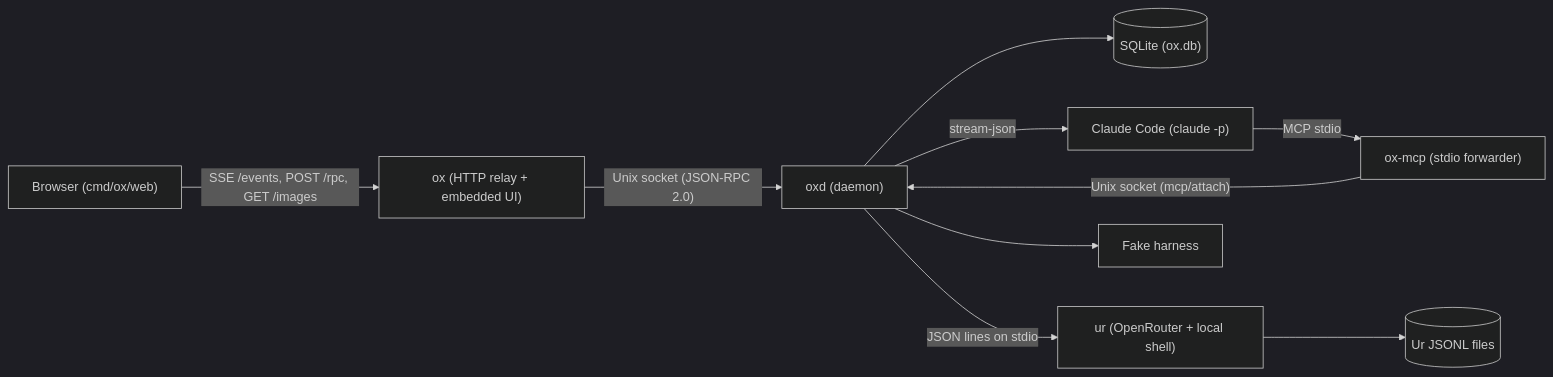
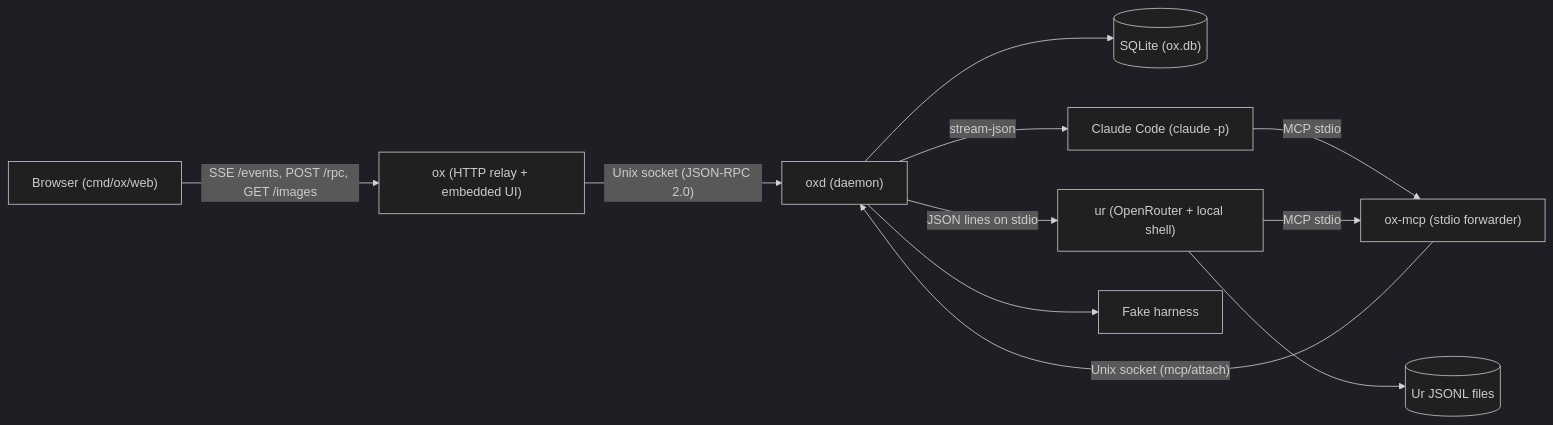
Before and after one commit to kkestell/ox: the first of 5 diagrams in docs/architecture.md, drawn with Mermaid (dark theme). The commit also changed other lines of this file and 14 other files, not shown here.

````diff
--- a/docs/architecture.md
+++ b/docs/architecture.md
@@ -8,22 +8,23 @@
 ```mermaid
 flowchart LR
   browser["Browser (cmd/ox/web)"]
   ox["ox (HTTP relay + embedded UI)"]
   oxd["oxd (daemon)"]
   db[("SQLite (ox.db)")]
   claude["Claude Code (claude -p)"]
   oxmcp["ox-mcp (stdio forwarder)"]
   ur["ur (OpenRouter + local shell)"]
   urfiles[("Ur JSONL files")]
   fake["Fake harness"]
 
   browser -- "SSE /events, POST /rpc, GET /images" --> ox
   ox -- "Unix socket (JSON-RPC 2.0)" --> oxd
   oxd --> db
   oxd -- "stream-json" --> claude
   claude -- "MCP stdio" --> oxmcp
   oxmcp -- "Unix socket (mcp/attach)" --> oxd
   oxd -- "JSON lines on stdio" --> ur
+  ur -- "MCP stdio" --> oxmcp
   ur --> urfiles
   oxd --> fake
 ```
````
